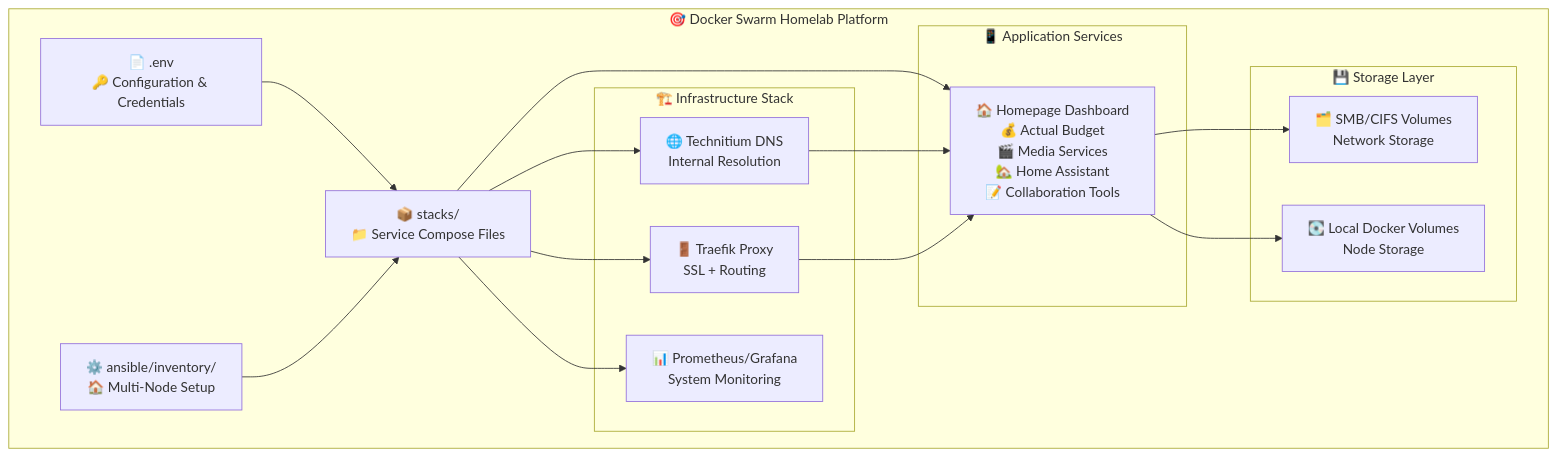
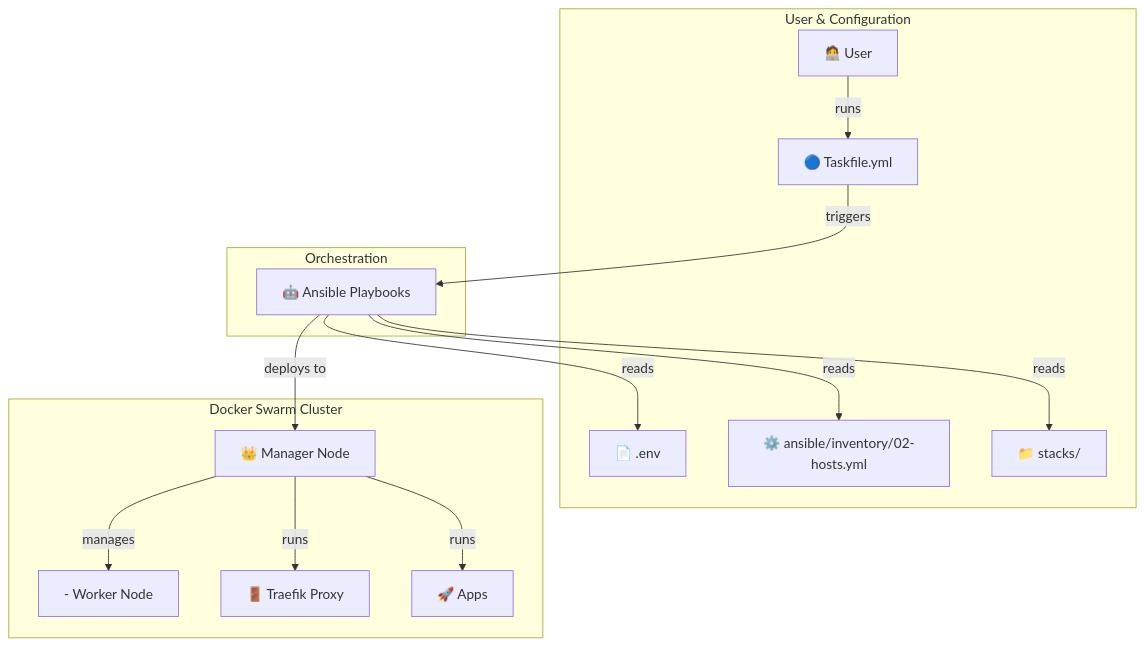
One commit to chutch3/homelab changed the diagram in docs/index.md. Above: the diagram before and after it, drawn with Mermaid. The commit also changed other lines of this file and 8 other files, not shown here.

````diff
--- a/docs/index.md
+++ b/docs/index.md
@@ -183,35 +179,31 @@
 ```mermaid
 graph TB
-    subgraph "🎯 Docker Swarm Homelab Platform"
-        ENV["📄 .env<br/>🔑 Configuration & Credentials"]
-        INVENTORY["⚙️ ansible/inventory/<br/>🏠 Multi-Node Setup"]
-        STACKS["📦 stacks/<br/>📁 Service Compose Files"]
-
-        subgraph "🏗️ Infrastructure Stack"
-            DNS["🌐 Technitium DNS<br/>Internal Resolution"]
-            TRAEFIK["🚪 Traefik Proxy<br/>SSL + Routing"]
-            MONITORING["📊 Prometheus/Grafana<br/>System Monitoring"]
-        end
-
-        subgraph "📱 Application Services"
-            APPS["🏠 Homepage Dashboard<br/>💰 Actual Budget<br/>🎬 Media Services<br/>🏡 Home Assistant<br/>📝 Collaboration Tools"]
-        end
-
-        subgraph "💾 Storage Layer"
-            CIFS["🗂️ SMB/CIFS Volumes<br/>Network Storage"]
-            LOCAL["💽 Local Docker Volumes<br/>Node Storage"]
-        end
+    subgraph "User & Configuration"
+        USER[🧑‍💻 User]
+        TASK[🔵 Taskfile.yml]
+        DOT_ENV["📄 .env"]
+        INVENTORY["⚙️ ansible/inventory/02-hosts.yml"]
+        STACKS_DIR["📁 stacks/"]
     end
 
-    ENV --> STACKS
-    INVENTORY --> STACKS
-    STACKS --> DNS
-    STACKS --> TRAEFIK
-    STACKS --> MONITORING
-    STACKS --> APPS
+    subgraph "Orchestration"
+        ANSIBLE["🤖 Ansible Playbooks"]
+    end
 
-    DNS --> APPS
-    TRAEFIK --> APPS
-    APPS --> CIFS
-    APPS --> LOCAL
+    subgraph "Docker Swarm Cluster"
+        MANAGER["👑 Manager Node"]
+        WORKER["- Worker Node"]
+        TRAEFIK["🚪 Traefik Proxy"]
+        APPS["🚀 Apps"]
+    end
+
+    USER -- runs --> TASK
+    TASK -- triggers --> ANSIBLE
+    ANSIBLE -- reads --> DOT_ENV
+    ANSIBLE -- reads --> INVENTORY
+    ANSIBLE -- reads --> STACKS_DIR
+    ANSIBLE -- deploys to --> MANAGER
+    MANAGER -- manages --> WORKER
+    MANAGER -- runs --> TRAEFIK
+    MANAGER -- runs --> APPS
 ```
````
